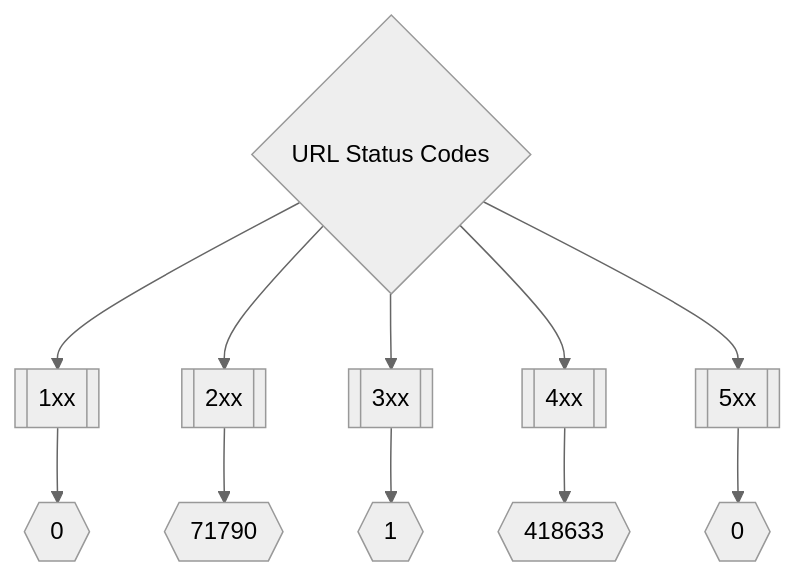
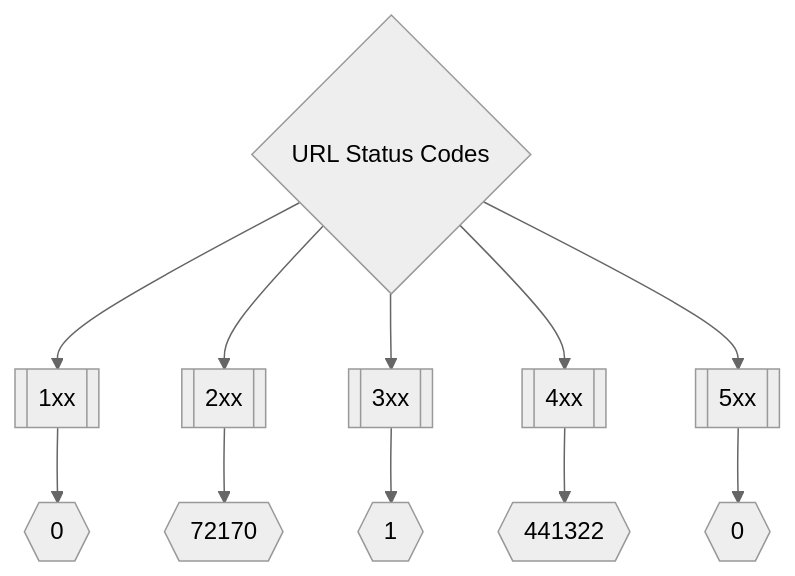
The second of 3 diagrams in README.md (trickest/inventory), drawn with Mermaid (neutral theme) before and after one commit. The commit also changed other lines of this file, not shown here.

Commit message:
Update Sun May  1 03:05:33 UTC 2022

````diff
--- a/README.md
+++ b/README.md
@@ -173,8 +173,8 @@
 ```mermaid
 graph TD
 title{URL Status Codes} --> 1xx[[1xx]] --> status1xxNum{{0}}
-title --> 2xx[[2xx]] --> status2xxNum{{71790}}
+title --> 2xx[[2xx]] --> status2xxNum{{72170}}
 title --> 3xx[[3xx]] --> status3xxNum{{1}}
-title --> 4xx[[4xx]] --> status4xxNum{{418633}}
+title --> 4xx[[4xx]] --> status4xxNum{{441322}}
 title --> 5xx[[5xx]] --> status5xxNum{{0}}
 ```
````
